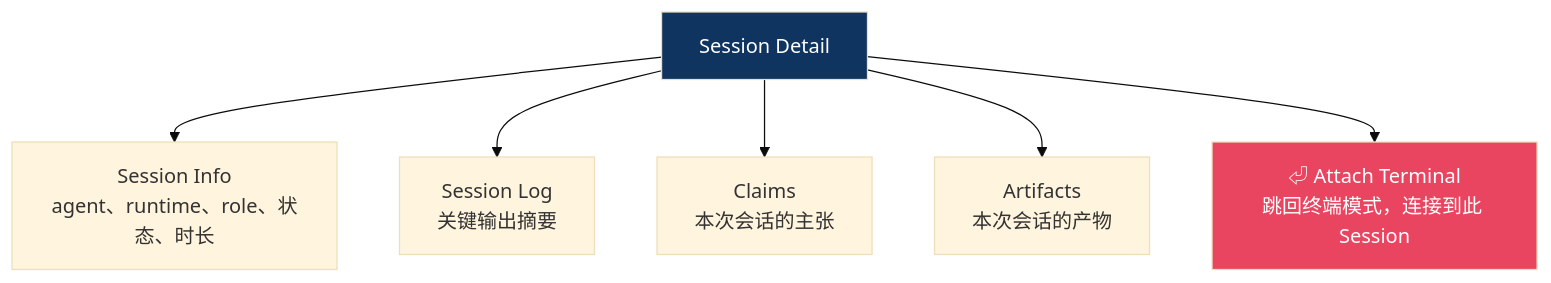
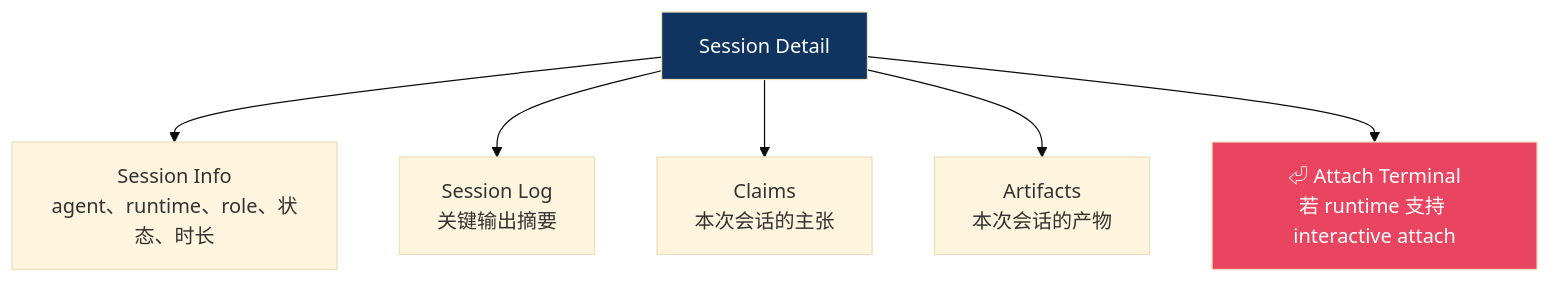
The sixth of 17 diagrams in docs/project-control-discussions/information-architecture.md (ianfksyd/roambench), drawn with Mermaid (base theme) before and after one commit. The commit also changed other lines of this file, not shown here.

Commit message:
docs: refine information architecture

````diff
--- a/docs/project-control-discussions/information-architecture.md
+++ b/docs/project-control-discussions/information-architecture.md
@@ -137,13 +143,13 @@
 ```mermaid
 graph TD
     SD["Session Detail"]
 
     SD --> SI["Session Info<br/>agent、runtime、role、状态、时长"]
     SD --> SL["Session Log<br/>关键输出摘要"]
     SD --> SC["Claims<br/>本次会话的主张"]
     SD --> SA["Artifacts<br/>本次会话的产物"]
-    SD --> AT["⏎ Attach Terminal<br/>跳回终端模式，连接到此 Session"]
+    SD --> AT["⏎ Attach Terminal<br/>若 runtime 支持 interactive attach"]
 
     style SD fill:#0f3460,color:#fff
     style AT fill:#e94560,color:#fff
 ```
````
